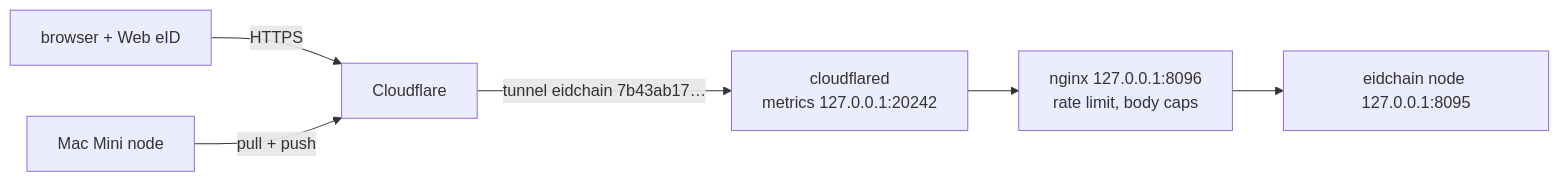
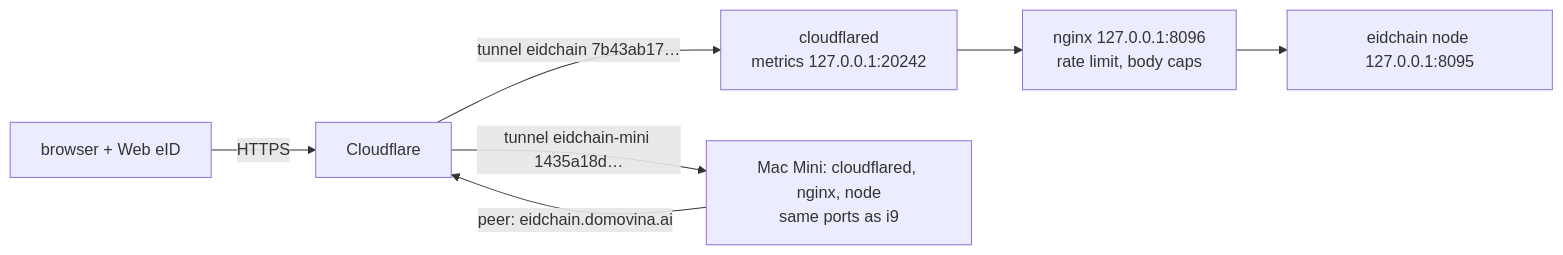
Before and after one commit to stepanic/eidchain: the diagram in docs/2026-11-04-eidchain-domovina-and-eid-validators.md, drawn with Mermaid. The commit also changed other lines of this file and 1 other file, not shown here.

First line of the commit message:
docs: record the Mac Mini node and the traps of adding one

````diff
--- a/docs/2026-11-04-eidchain-domovina-and-eid-validators.md
+++ b/docs/2026-11-04-eidchain-domovina-and-eid-validators.md
@@ -14,8 +16,9 @@
 ```mermaid
 flowchart LR
   B[browser + Web eID] -->|HTTPS| CF[Cloudflare]
   CF -->|tunnel eidchain 7b43ab17…| CFD[cloudflared<br/>metrics 127.0.0.1:20242]
   CFD --> NG[nginx 127.0.0.1:8096<br/>rate limit, body caps]
   NG --> N[eidchain node 127.0.0.1:8095]
-  M[Mac Mini node] -->|pull + push| CF
+  CF -->|tunnel eidchain-mini 1435a18d…| M[Mac Mini: cloudflared, nginx, node<br/>same ports as i9]
+  M -->|peer: eidchain.domovina.ai| CF
 ```
````
